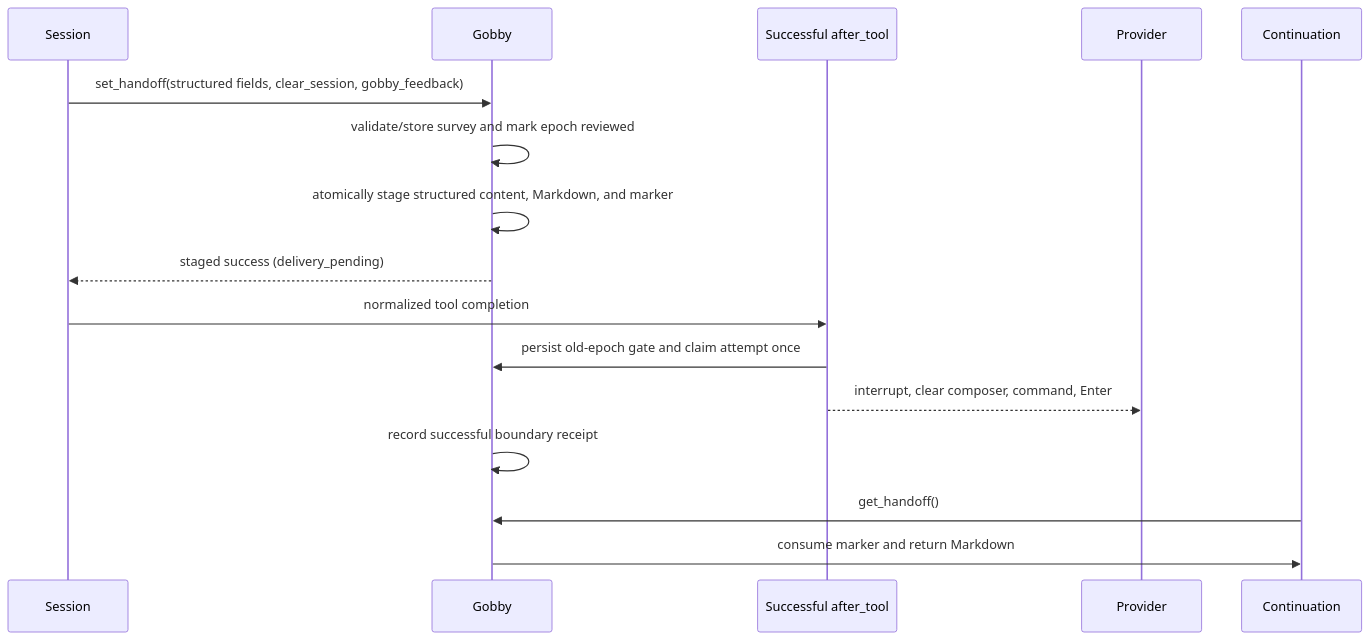
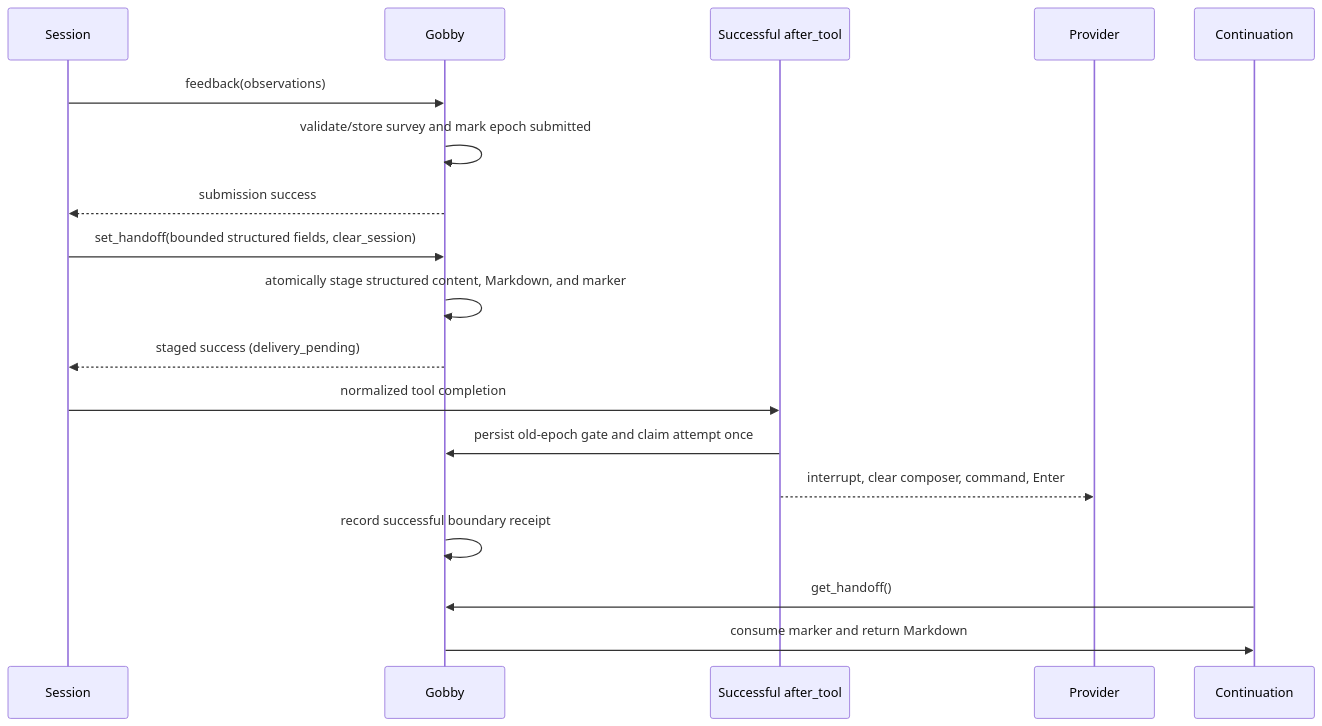
One commit to GobbyAI/gobby changed the second of 2 diagrams in docs/guides/sessions.md. Above: the diagram before and after it, drawn with Mermaid. The commit also changed other lines of this file and 22 other files, not shown here.

Commit message:
[gobby-#22045] fix: bound handoffs and separate feedback submission

````diff
--- a/docs/guides/sessions.md
+++ b/docs/guides/sessions.md
@@ -398,19 +398,21 @@
 ```mermaid
 sequenceDiagram
     participant Session
     participant Gobby
     participant Hook as Successful after_tool
     participant Provider
     participant Continuation
 
-    Session->>Gobby: set_handoff(structured fields, clear_session, gobby_feedback)
-    Gobby->>Gobby: validate/store survey and mark epoch reviewed
+    Session->>Gobby: feedback(observations)
+    Gobby->>Gobby: validate/store survey and mark epoch submitted
+    Gobby-->>Session: submission success
+    Session->>Gobby: set_handoff(bounded structured fields, clear_session)
     Gobby->>Gobby: atomically stage structured content, Markdown, and marker
     Gobby-->>Session: staged success (delivery_pending)
     Session->>Hook: normalized tool completion
     Hook->>Gobby: persist old-epoch gate and claim attempt once
     Hook-->>Provider: interrupt, clear composer, command, Enter
     Gobby->>Gobby: record successful boundary receipt
     Continuation->>Gobby: get_handoff()
     Gobby->>Continuation: consume marker and return Markdown
 ```
````
